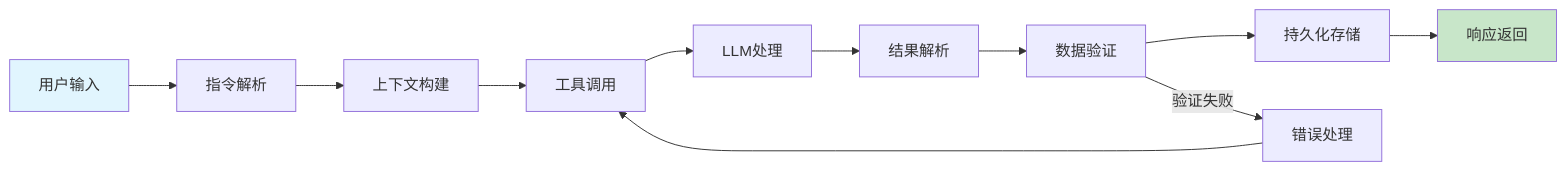
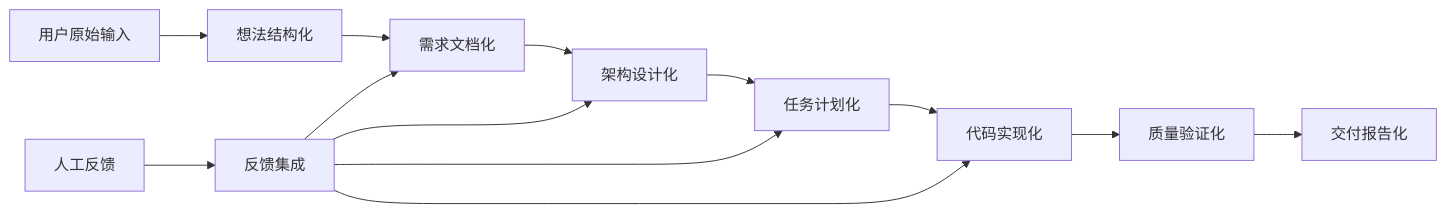
Before and after one commit to sopaco/cowork-forge: the tenth of 11 diagrams in litho.docs/zh/2、架构概览.md, drawn with Mermaid. The commit also changed other lines of this file and 34 other files, not shown here.

````diff
--- a/litho.docs/zh/2、架构概览.md
+++ b/litho.docs/zh/2、架构概览.md
@@ -364,17 +427,16 @@
 ```mermaid
 graph LR
-    A[用户输入] --> B[指令解析]
-    B --> C[上下文构建]
-    C --> D[工具调用]
-    D --> E[LLM处理]
-    E --> F[结果解析]
-    F --> G[数据验证]
-    G --> H[持久化存储]
-    H --> I[响应返回]
+    A[用户原始输入] --> B[想法结构化]
+    B --> C[需求文档化]
+    C --> D[架构设计化]
+    D --> E[任务计划化]
+    E --> F[代码实现化]
+    F --> G[质量验证化]
+    G --> H[交付报告化]
     
-    G -->|验证失败| J[错误处理]
+    I[人工反馈] --> J[反馈集成]
+    J --> C
     J --> D
-    
-    style A fill:#e1f5fe
-    style I fill:#c8e6c9
+    J --> E
+    J --> F
 ```
````
